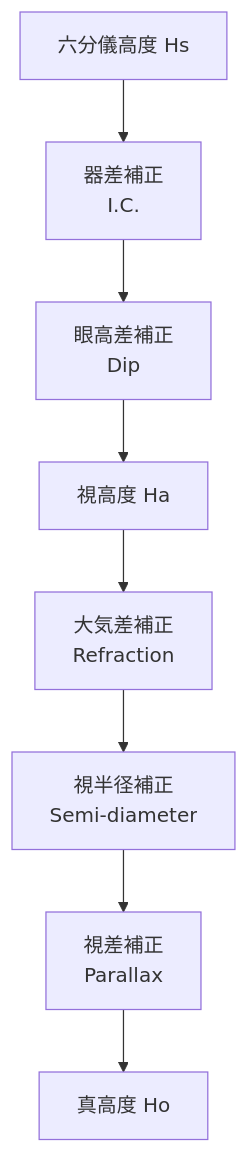
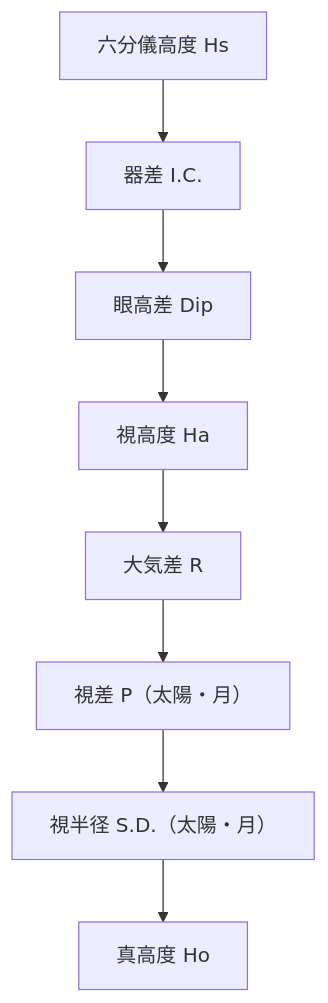
One commit to serkenn/Navigation-calculations changed the first of 2 diagrams in docs/sextant.md. Above: the diagram before and after it, drawn with Mermaid. The commit also changed other lines of this file and 6 other files, not shown here.

````diff
--- a/docs/sextant.md
+++ b/docs/sextant.md
@@ -11,10 +18,10 @@
 ```mermaid
 flowchart TD
-    A["六分儀高度 Hs"] --> B["器差補正<br>I.C."]
-    B --> C["眼高差補正<br>Dip"]
+    A["六分儀高度 Hs"] --> B["器差 I.C."]
+    B --> C["眼高差 Dip"]
     C --> D["視高度 Ha"]
-    D --> E["大気差補正<br>Refraction"]
-    E --> F["視半径補正<br>Semi-diameter"]
-    F --> G["視差補正<br>Parallax"]
+    D --> E["大気差 R"]
+    E --> F["視差 P（太陽・月）"]
+    F --> G["視半径 S.D.（太陽・月）"]
     G --> H["真高度 Ho"]
 ```
````
